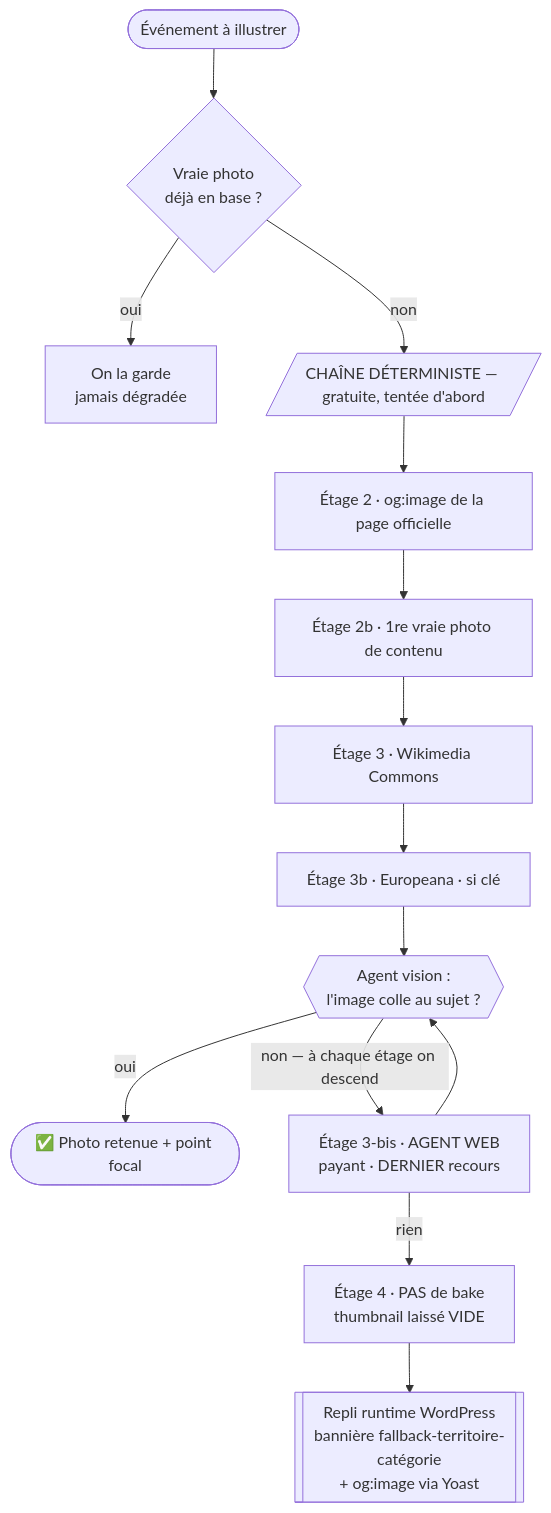
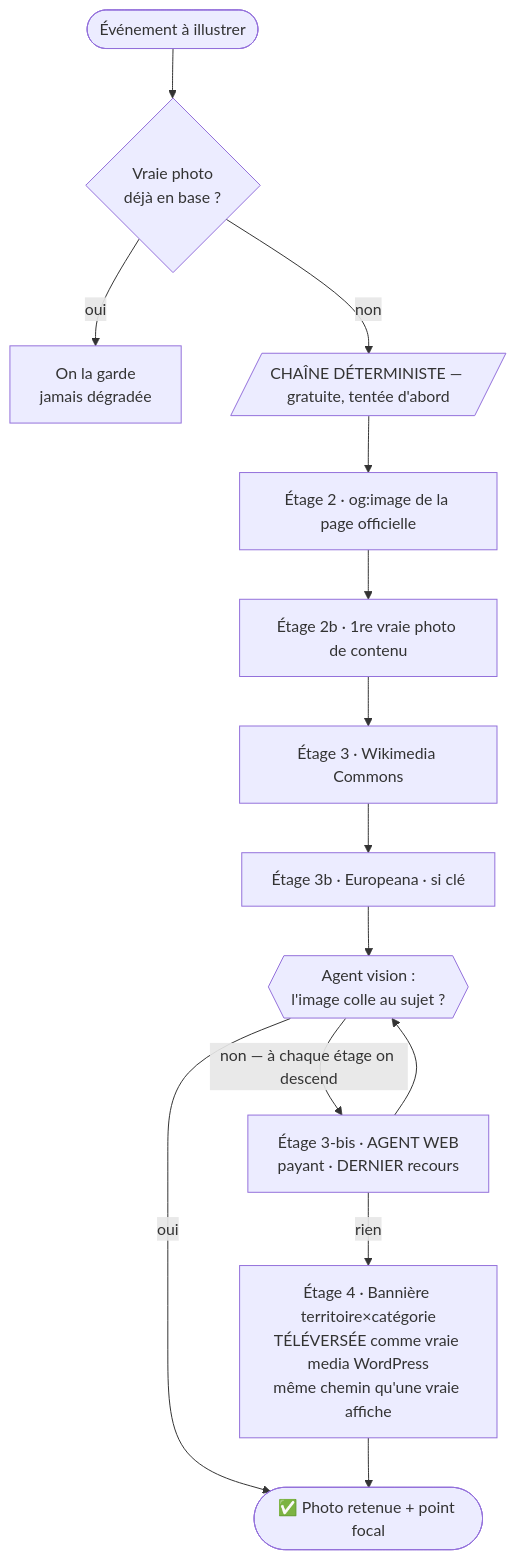
One commit to monodf-beep/evenements changed the first of 2 diagrams in docs/IMAGES.md. Above: the diagram before and after it, drawn with Mermaid. The commit also changed other lines of this file and 2 other files, not shown here.

First paragraph of the commit message:
Corrige trois documents qui contredisaient la pratique (audit §2.4)
Trois des quatre sous-points de l'audit du 31/08 (§2.4) — le quatrième
(interdiction de « transfrontalier ») reste une question éditoriale posée
à Franck, pas touché ici.

````diff
--- a/docs/IMAGES.md
+++ b/docs/IMAGES.md
@@ -39,16 +39,16 @@
 ```mermaid
 flowchart TD
   start([Événement à illustrer]) --> has{Vraie photo<br/>déjà en base ?}
   has -->|oui| keep[On la garde<br/>jamais dégradée]
   has -->|non| det[/CHAÎNE DÉTERMINISTE — gratuite, tentée d'abord/]
   det --> og[Étage 2 · og:image de la page officielle]
   og --> content[Étage 2b · 1re vraie photo de contenu]
   content --> commons[Étage 3 · Wikimedia Commons]
   commons --> euro[Étage 3b · Europeana · si clé]
   euro --> vision{{Agent vision :<br/>l'image colle au sujet ?}}
   vision -->|oui| ok([✅ Photo retenue + point focal])
   vision -->|non — à chaque étage on descend| web[Étage 3-bis · AGENT WEB<br/>payant · DERNIER recours]
   web --> vision
-  web -->|rien| fb[Étage 4 · PAS de bake<br/>thumbnail laissé VIDE]
-  fb --> rt[[Repli runtime WordPress<br/>bannière fallback-territoire-catégorie<br/>+ og:image via Yoast]]
+  web -->|rien| fb[Étage 4 · Bannière territoire×catégorie<br/>TÉLÉVERSÉE comme vraie media WordPress<br/>même chemin qu'une vraie affiche]
+  fb --> ok
 ```
````
